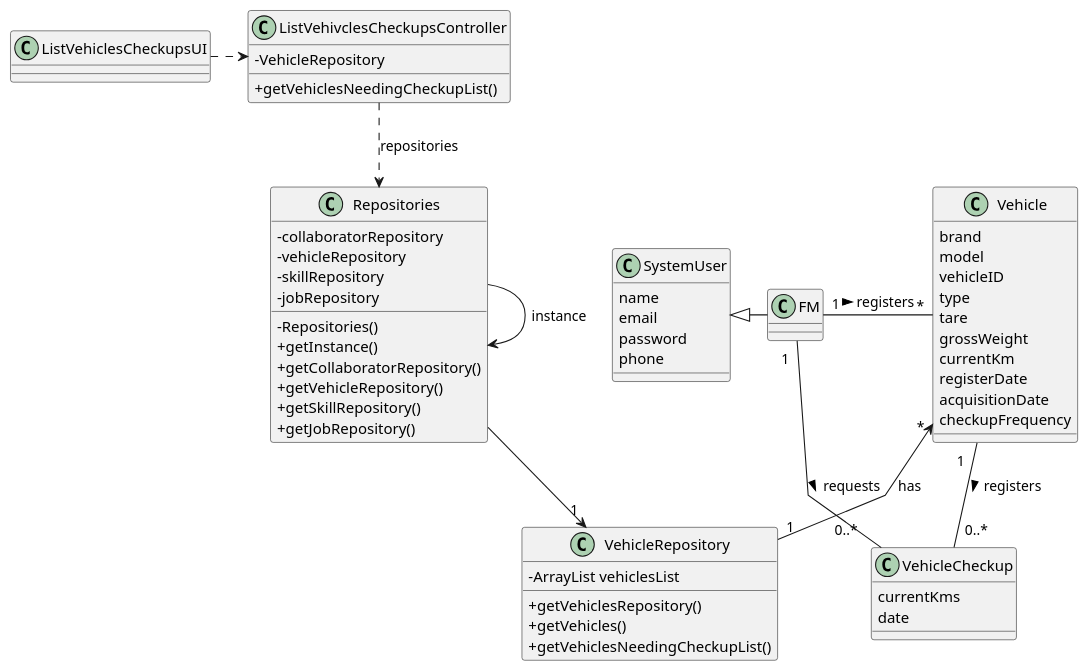
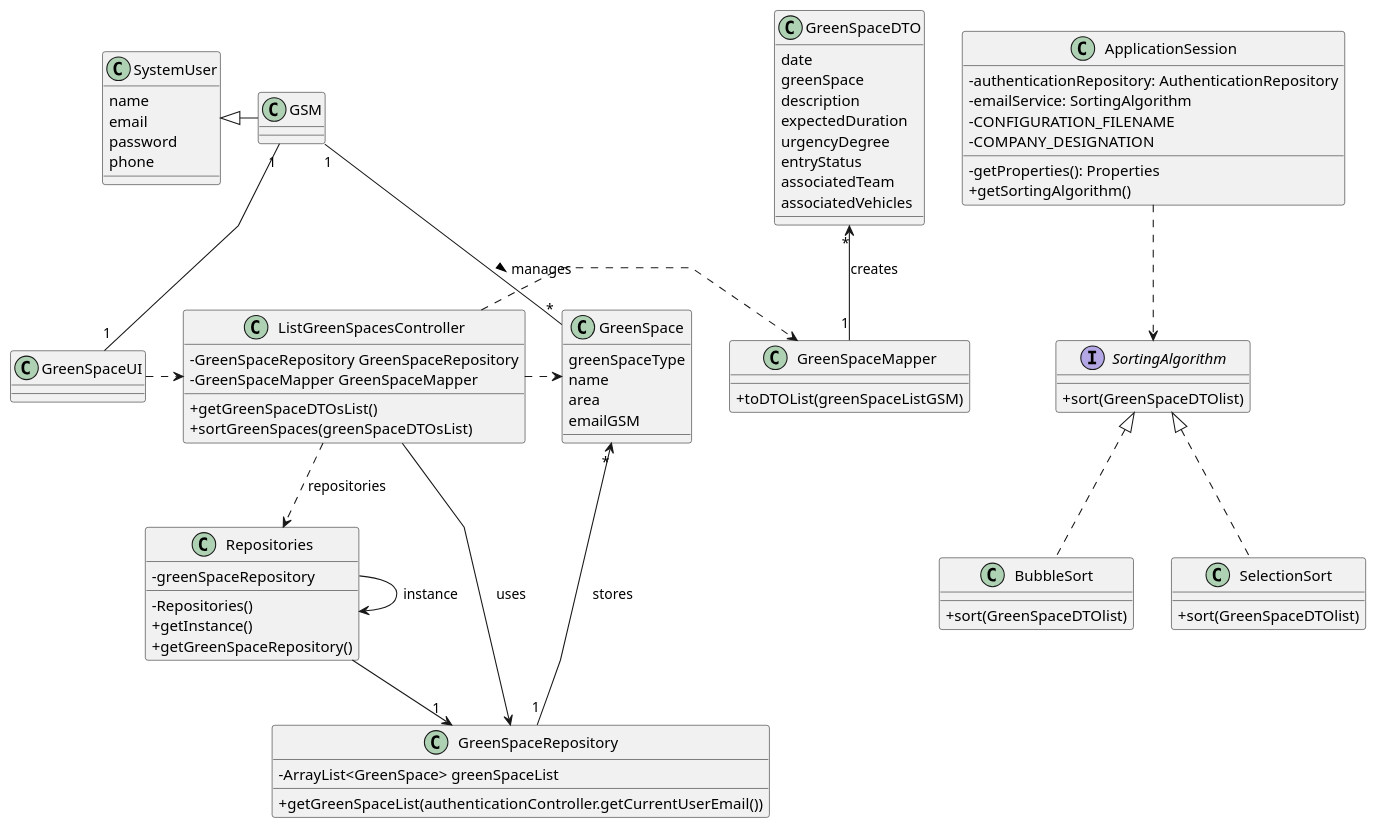
Before and after one commit to Departamento-de-Engenharia-Informatica/lei-24-s2-1do-g164: the diagram in docs/sprintC/us027/03.design/puml/us027-class-diagram.puml, drawn with PlantUML. The commit also changed other lines of this file and 6 other files, not shown here.

Commit message:
us027(docs): class diagram

```diff
--- a/docs/sprintC/us027/03.design/puml/us027-class-diagram.puml
+++ b/docs/sprintC/us027/03.design/puml/us027-class-diagram.puml
@@ -1,83 +1,121 @@
 @startuml
 skinparam classAttributeIconSize 0
 'skinparam monochrome true
 skinparam packageStyle rectangle
 skinparam shadowing false
 skinparam linetype polyline
 'skinparam linetype orto
 skinparam classAttributeIconSize 0
 
-class Vehicle {
-        brand
-        model
-        vehicleID
-        type
-        tare
-        grossWeight
-        currentKm
-        registerDate
-        acquisitionDate
-        checkupFrequency
+class GreenSpace {
+    greenSpaceType
+    name
+    area
+    emailGSM
 
 }
 
-class VehicleCheckup {
-    currentKms
+class GreenSpaceDTO {
+
     date
+    greenSpace
+    description
+    expectedDuration
+    urgencyDegree
+    entryStatus
+    associatedTeam
+    associatedVehicles
 
 }
-
 
 class SystemUser {
     name
     email
     password
     phone
 }
 
-class VehicleRepository {
-    - ArrayList vehiclesList
-    + getVehiclesRepository()
-    + getVehicles()
-    + getVehiclesNeedingCheckupList()
+
+class GreenSpaceRepository {
+    - ArrayList<GreenSpace> greenSpaceList
+    +getGreenSpaceList(authenticationController.getCurrentUserEmail())
+
 }
 
-
 class Repositories {
-    - collaboratorRepository
-    - vehicleRepository
-    - skillRepository
-    - jobRepository
+    - greenSpaceRepository
 
     - Repositories()
     + getInstance()
-    + getCollaboratorRepository()
-    + getVehicleRepository()
-    + getSkillRepository()
-    + getJobRepository()
+    + getGreenSpaceRepository()
+
+}
+
+class GreenSpaceMapper {
+
+       + toDTOList(greenSpaceListGSM)
 
 }
 
 
-class ListVehivclesCheckupsController {
--VehicleRepository
-  + getVehiclesNeedingCheckupList()
+class ListGreenSpacesController {
+    - GreenSpaceRepository GreenSpaceRepository
+    - GreenSpaceMapper GreenSpaceMapper
+
+
+    +getGreenSpaceDTOsList()
+    +sortGreenSpaces(greenSpaceDTOsList)
+
+}
+
+class GreenSpaceUI {
 
 }
 
 
+interface SortingAlgorithm {
+    + sort(GreenSpaceDTOlist)
+}
 
-ListVehiclesCheckupsUI .> ListVehivclesCheckupsController
+class BubbleSort implements SortingAlgorithm {
+    + sort(GreenSpaceDTOlist)
+}
+
+class SelectionSort implements SortingAlgorithm {
+    + sort(GreenSpaceDTOlist)
+}
 
 
-Repositories -->"1" VehicleRepository
-Repositories -> Repositories : instance
-ListVehivclesCheckupsController ..> Repositories : repositories
-Vehicle "*" <-- "1" VehicleRepository : has
+class ApplicationSession{
+    -authenticationRepository: AuthenticationRepository
+        -emailService: SortingAlgorithm
+        -CONFIGURATION_FILENAME
+        -COMPANY_DESIGNATION
+
+        -getProperties(): Properties
+        +getSortingAlgorithm()
+}
 
 
-FM "1" - "*" Vehicle : registers >
-Vehicle "1   " -- "0..*                        " VehicleCheckup : registers >
-FM "           1 " - "0..*   " VehicleCheckup : requests >
-SystemUser <|- FM
+
+
+GreenSpaceUI .> ListGreenSpacesController
+ListGreenSpacesController ..> Repositories : repositories
+Repositories --> "1" GreenSpaceRepository
+Repositories -> Repositories : instance
+ListGreenSpacesController .> GreenSpaceMapper
+ListGreenSpacesController .> GreenSpace
+ListGreenSpacesController --> GreenSpaceRepository : uses
+
+SystemUser <|- GSM
+
+
+GSM "1" -- "1" GreenSpaceUI
+GreenSpace "*" <-- "1" GreenSpaceRepository : stores
+GSM"1" -- "*" GreenSpace: manages >
+GreenSpaceDTO "*" <-- "1" GreenSpaceMapper : creates
+
+
+ApplicationSession ..> SortingAlgorithm
+
 @enduml
```
